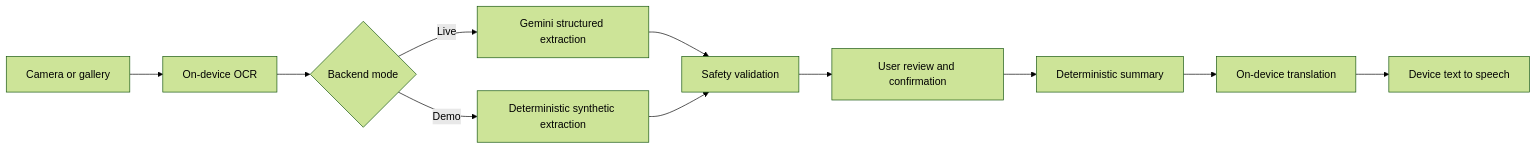
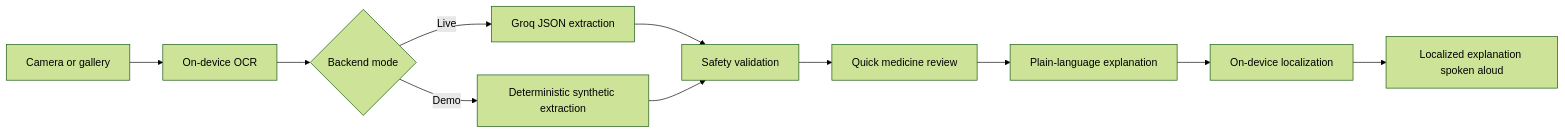
Before and after one commit to hemsagarthakur/MediVoice: the diagram in README.md, drawn with Mermaid (forest theme). The commit also changed other lines of this file and 57 other files, not shown here.

````diff
--- a/README.md
+++ b/README.md
@@ -11,13 +11,13 @@
 ```mermaid
 flowchart LR
   A[Camera or gallery] --> B[On-device OCR]
   B --> C{Backend mode}
-  C -->|Live| D1[Gemini structured extraction]
+  C -->|Live| D1[Groq JSON extraction]
   C -->|Demo| D2[Deterministic synthetic extraction]
   D1 --> D[Safety validation]
   D2 --> D
-  D --> E[User review and confirmation]
-  E --> F[Deterministic summary]
-  F --> G[On-device translation]
-  G --> H[Device text to speech]
+  D --> E[Quick medicine review]
+  E --> F[Plain-language explanation]
+  F --> G[On-device localization]
+  G --> H[Localized explanation spoken aloud]
 ```
````
